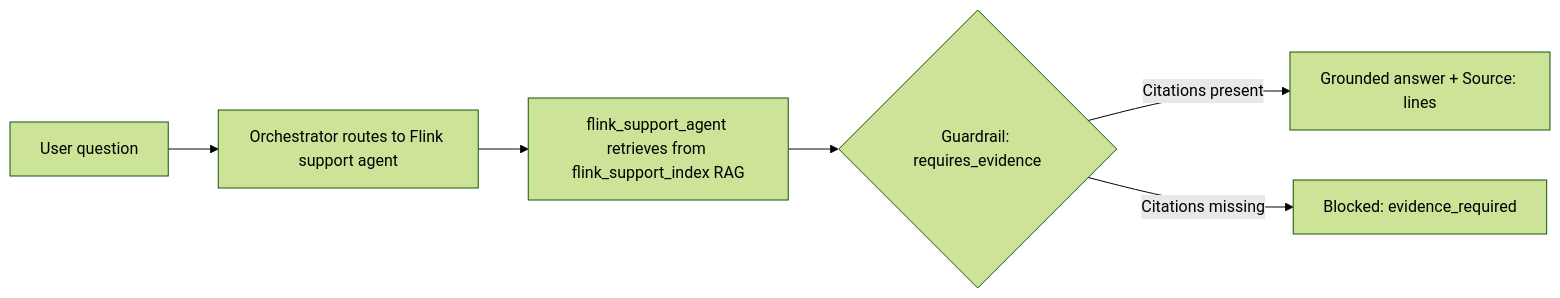
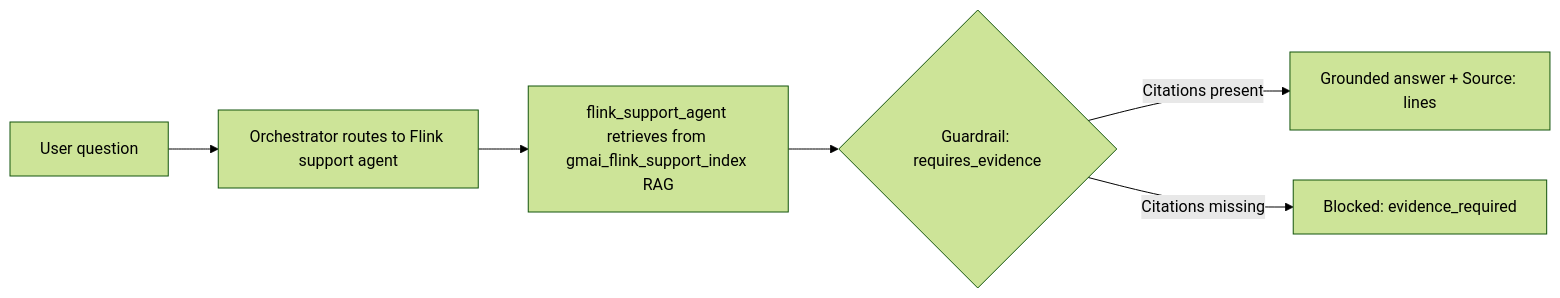
One commit to wchen-dea/Governed-Multi-Agent-Intelligence-on-Databricks changed the fourth of 8 diagrams in docs/product/agent-usage-guide.md. Above: the diagram before and after it, drawn with Mermaid (forest theme). The commit also changed other lines of this file and 35 other files, not shown here.

````diff
--- a/docs/product/agent-usage-guide.md
+++ b/docs/product/agent-usage-guide.md
@@ -80,8 +80,8 @@
 ```mermaid
 flowchart LR
   A[User question] --> B[Orchestrator routes to Flink support agent]
-  B --> C[flink_support_agent retrieves from flink_support_index RAG]
+  B --> C[flink_support_agent retrieves from gmai_flink_support_index RAG]
   C --> D{Guardrail: requires_evidence}
   D -->|Citations present| E["Grounded answer + Source: lines"]
   D -->|Citations missing| F[Blocked: evidence_required]
 ```
````
